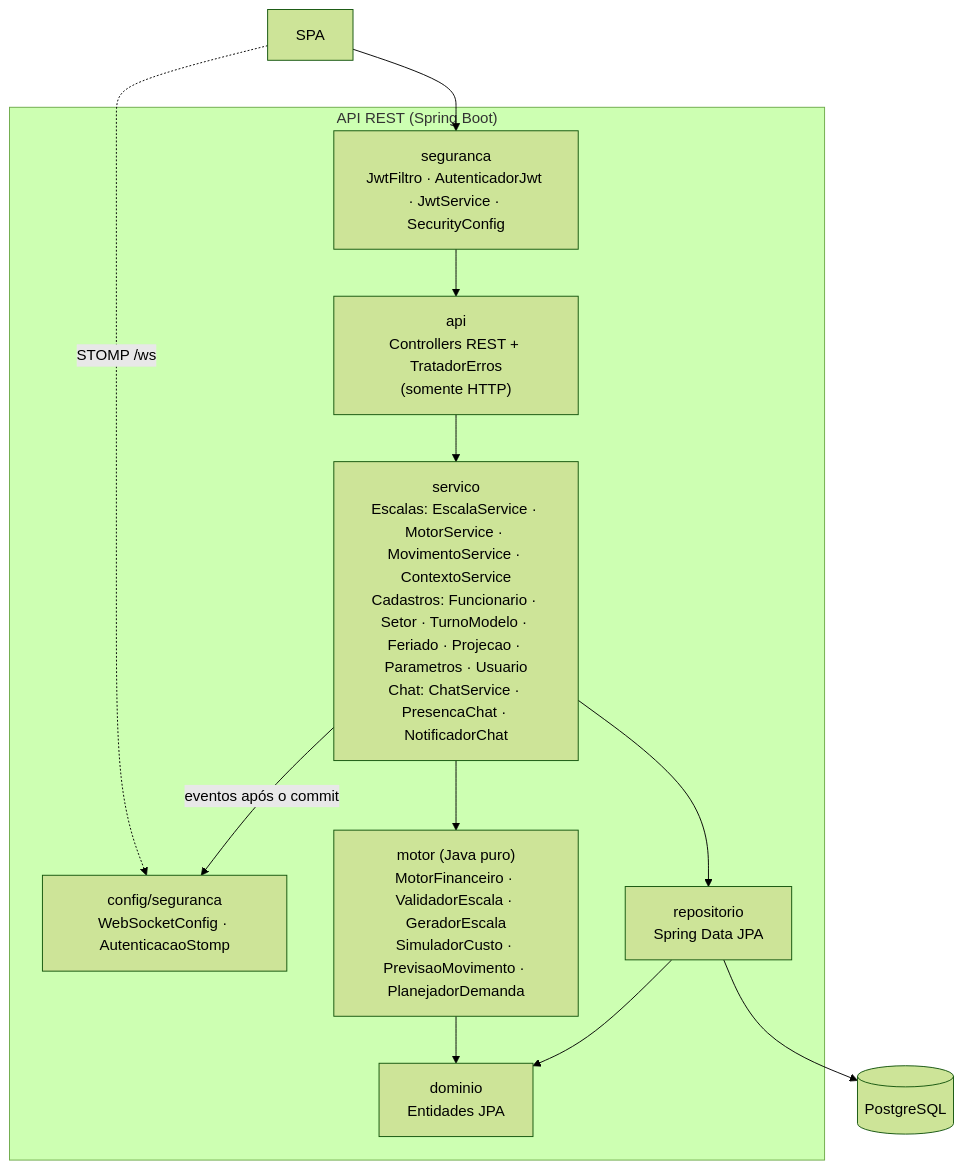
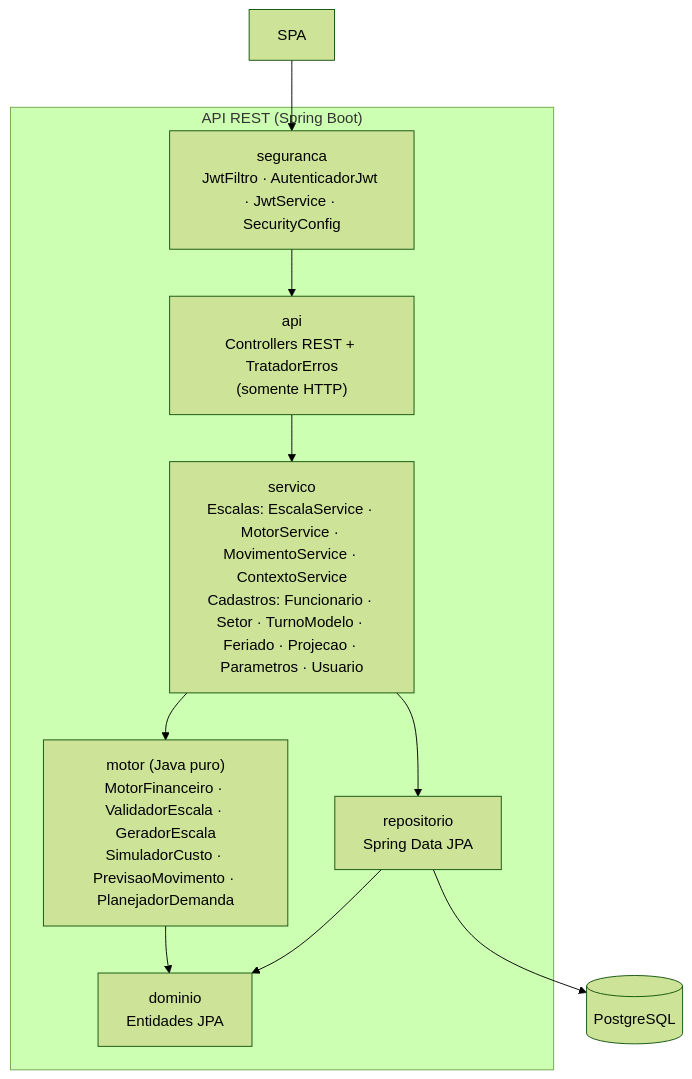
The third of 4 diagrams in docs/arquitetura.md (GabrielCoelhom12/TCC-MERCADO-COELHO), drawn with Mermaid (forest theme) before and after one commit. The commit also changed other lines of this file and 49 other files, not shown here.

````diff
--- a/docs/arquitetura.md
+++ b/docs/arquitetura.md
@@ -46,26 +45,23 @@
 ```mermaid
 flowchart TB
     spa["SPA"]
 
     subgraph api["API REST (Spring Boot)"]
         seg["seguranca<br/>JwtFiltro · AutenticadorJwt · JwtService · SecurityConfig"]
         ctrl["api<br/>Controllers REST + TratadorErros<br/>(somente HTTP)"]
-        serv["servico<br/>Escalas: EscalaService · MotorService · MovimentoService · ContextoService<br/>Cadastros: Funcionario · Setor · TurnoModelo · Feriado · Projecao · Parametros · Usuario<br/>Chat: ChatService · PresencaChat · NotificadorChat"]
-        ws["config/seguranca<br/>WebSocketConfig · AutenticacaoStomp"]
+        serv["servico<br/>Escalas: EscalaService · MotorService · MovimentoService · ContextoService<br/>Cadastros: Funcionario · Setor · TurnoModelo · Feriado · Projecao · Parametros · Usuario"]
         motor["motor (Java puro)<br/>MotorFinanceiro · ValidadorEscala · GeradorEscala<br/>SimuladorCusto · PrevisaoMovimento · PlanejadorDemanda"]
         repo["repositorio<br/>Spring Data JPA"]
         dom["dominio<br/>Entidades JPA"]
     end
 
     db[("PostgreSQL")]
 
     spa --> seg --> ctrl
-    spa -. "STOMP /ws" .-> ws
-    serv -- "eventos após o commit" --> ws
     ctrl --> serv
     serv --> motor
     serv --> repo
     motor --> dom
     repo --> dom
     repo --> db
 ```
````
